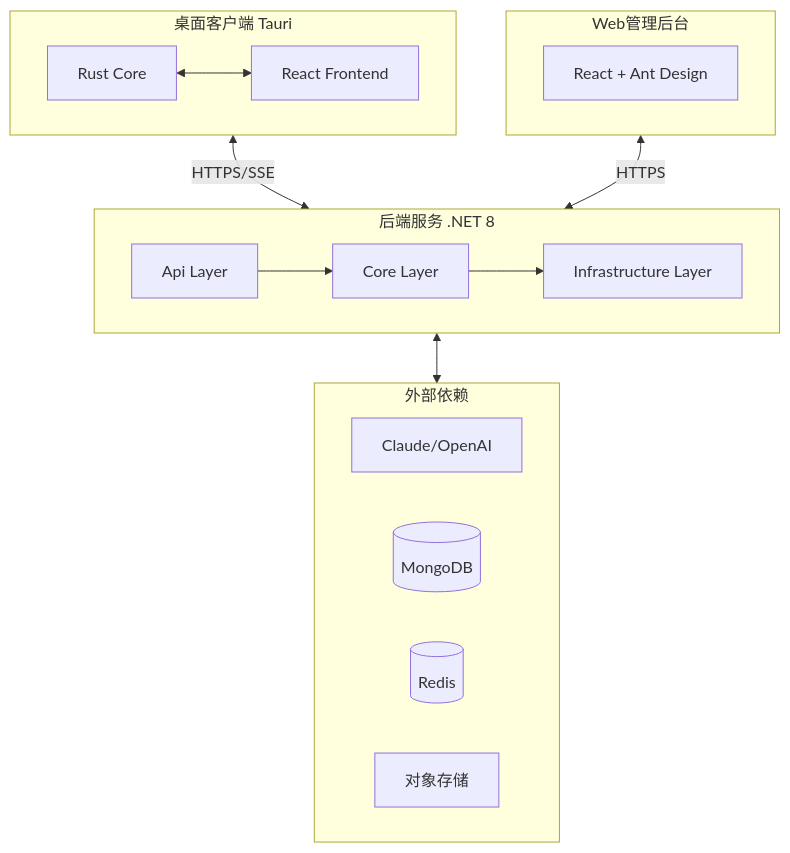
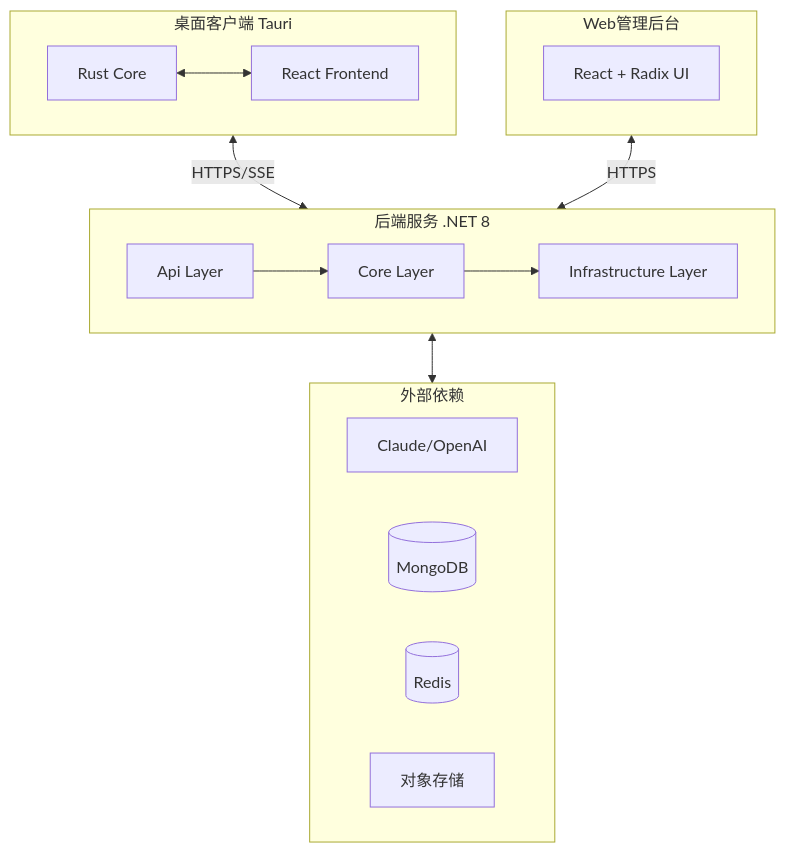
The first of 2 diagrams in doc/4.dev.md (inernoro/prd_agent), drawn with Mermaid before and after one commit. The commit also changed other lines of this file and 4 other files, not shown here.

````diff
--- a/doc/4.dev.md
+++ b/doc/4.dev.md
@@ -64,30 +64,30 @@
 ```mermaid
 flowchart TB
     subgraph client [桌面客户端 Tauri]
         RustCore[Rust Core]
         ReactUI[React Frontend]
         RustCore <--> ReactUI
     end
     
     subgraph admin [Web管理后台]
-        AdminUI[React + Ant Design]
+        AdminUI[React + Radix UI]
     end
     
     subgraph server [后端服务 .NET 8]
         API[Api Layer]
         Core[Core Layer]
         Infra[Infrastructure Layer]
         API --> Core --> Infra
     end
     
     subgraph external [外部依赖]
         LLM[Claude/OpenAI]
         MongoDB[(MongoDB)]
         Redis[(Redis)]
         OSS[对象存储]
     end
     
     client <-->|HTTPS/SSE| server
     admin <-->|HTTPS| server
     server <--> external
 ```
````
